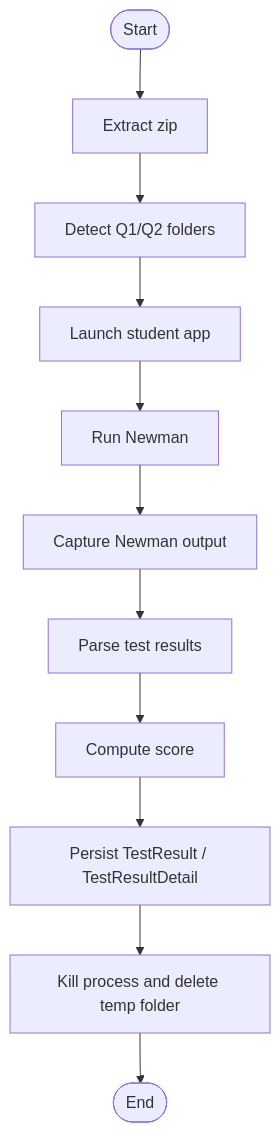
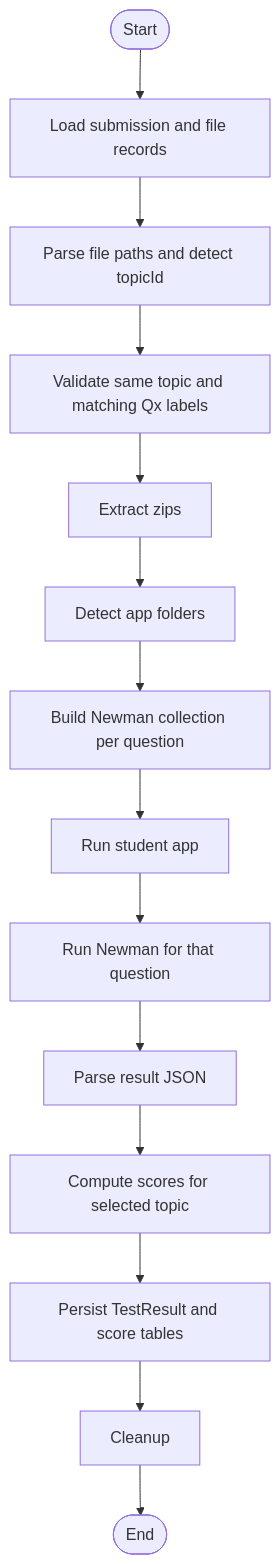
The third of 4 diagrams in docs/WORKFLOW_OVERVIEW.md (namprobe/PRN232_G9_AutoGradingTool), drawn with Mermaid before and after one commit. The commit also changed other lines of this file and 42 other files, not shown here.

First line of the commit message:
Add batch submit flow and grading job pipeline

````diff
--- a/docs/WORKFLOW_OVERVIEW.md
+++ b/docs/WORKFLOW_OVERVIEW.md
@@ -86,13 +77,16 @@
 ```mermaid
 flowchart TD
-    A([Start]) --> B[Extract zip]
-    B --> C[Detect Q1/Q2 folders]
-    C --> D[Launch student app]
-    D --> E[Run Newman]
-    E --> F[Capture Newman output]
-    F --> G[Parse test results]
-    G --> H[Compute score]
-    H --> I[Persist TestResult / TestResultDetail]
-    I --> J[Kill process and delete temp folder]
-    J --> K([End])
+    A([Start]) --> B[Load submission and file records]
+    B --> C[Parse file paths and detect topicId]
+    C --> D[Validate same topic and matching Qx labels]
+    D --> E[Extract zips]
+    E --> F[Detect app folders]
+    F --> G[Build Newman collection per question]
+    G --> H[Run student app]
+    H --> I[Run Newman for that question]
+    I --> J[Parse result JSON]
+    J --> K[Compute scores for selected topic]
+    K --> L[Persist TestResult and score tables]
+    L --> M[Cleanup]
+    M --> N([End])
 ```
````
